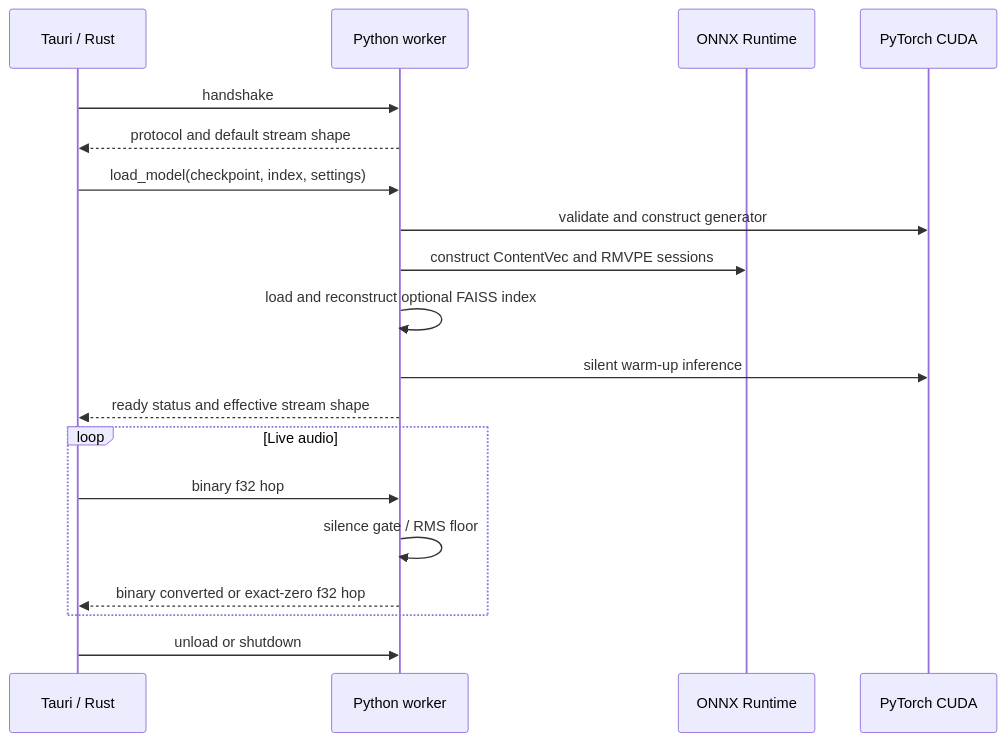
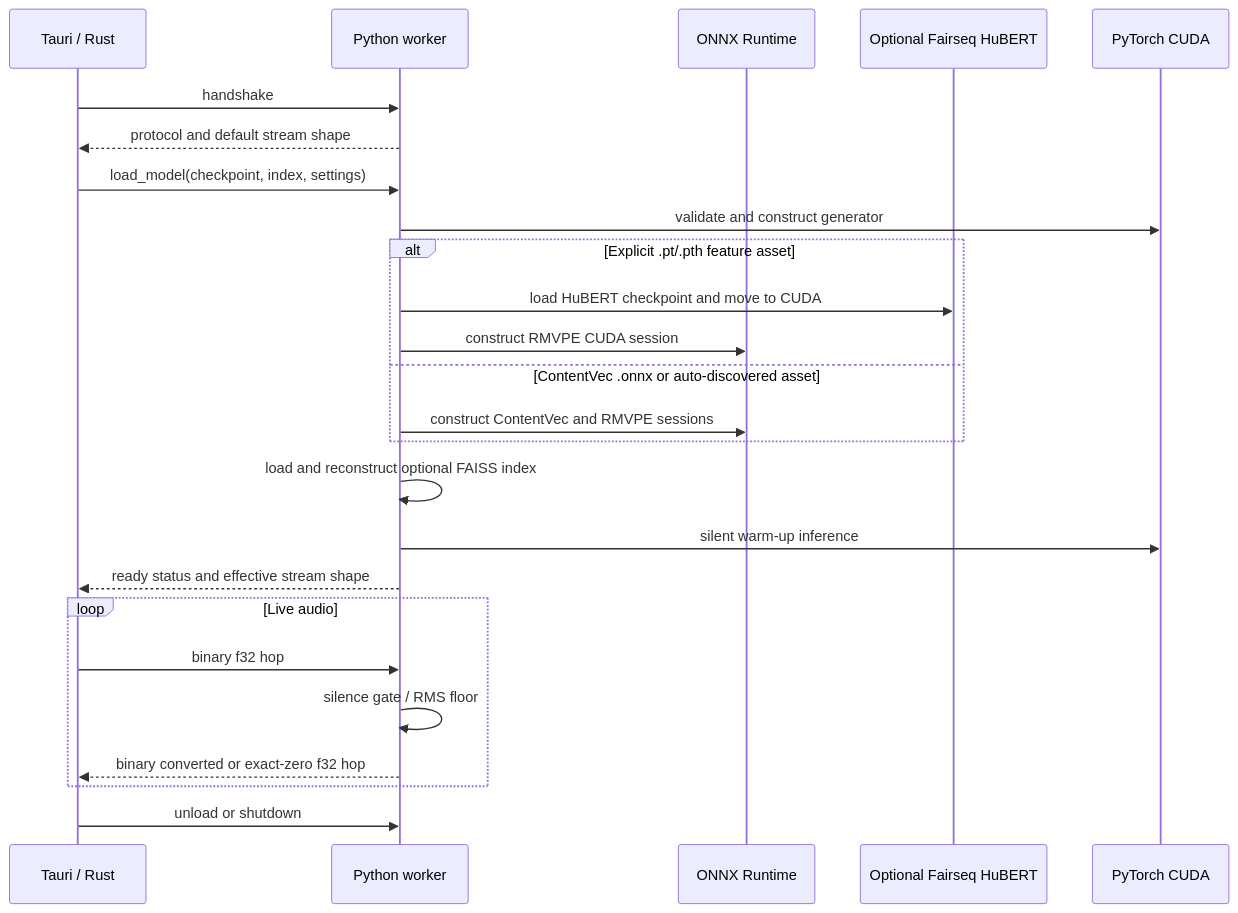
The diagram in docs/python-sidecar.md (itzcaesar/VC-Next), drawn with Mermaid before and after one commit. The commit also changed other lines of this file and 16 other files, not shown here.

Commit message:
feat(rvc): add optional fairseq hubert compatibility

````diff
--- a/docs/python-sidecar.md
+++ b/docs/python-sidecar.md
@@ -215,22 +250,28 @@
 ```mermaid
 sequenceDiagram
     participant Rust as Tauri / Rust
     participant Worker as Python worker
     participant ORT as ONNX Runtime
+    participant Fairseq as Optional Fairseq HuBERT
     participant Torch as PyTorch CUDA
 
     Rust->>Worker: handshake
     Worker-->>Rust: protocol and default stream shape
     Rust->>Worker: load_model(checkpoint, index, settings)
     Worker->>Torch: validate and construct generator
-    Worker->>ORT: construct ContentVec and RMVPE sessions
+    alt Explicit .pt/.pth feature asset
+        Worker->>Fairseq: load HuBERT checkpoint and move to CUDA
+        Worker->>ORT: construct RMVPE CUDA session
+    else ContentVec .onnx or auto-discovered asset
+        Worker->>ORT: construct ContentVec and RMVPE sessions
+    end
     Worker->>Worker: load and reconstruct optional FAISS index
     Worker->>Torch: silent warm-up inference
     Worker-->>Rust: ready status and effective stream shape
     loop Live audio
         Rust->>Worker: binary f32 hop
         Worker->>Worker: silence gate / RMS floor
         Worker-->>Rust: binary converted or exact-zero f32 hop
     end
     Rust->>Worker: unload or shutdown
 ```
````
